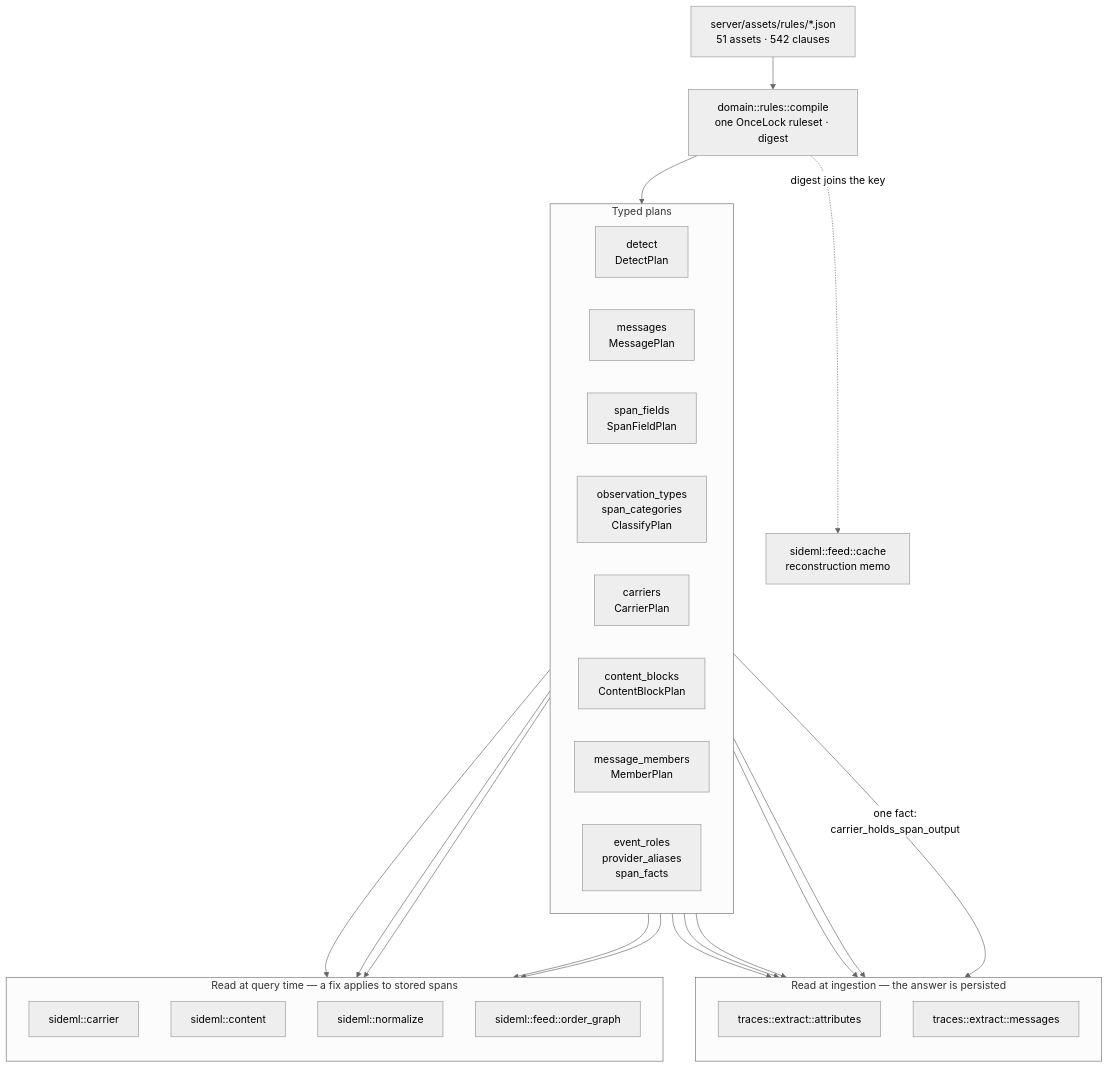
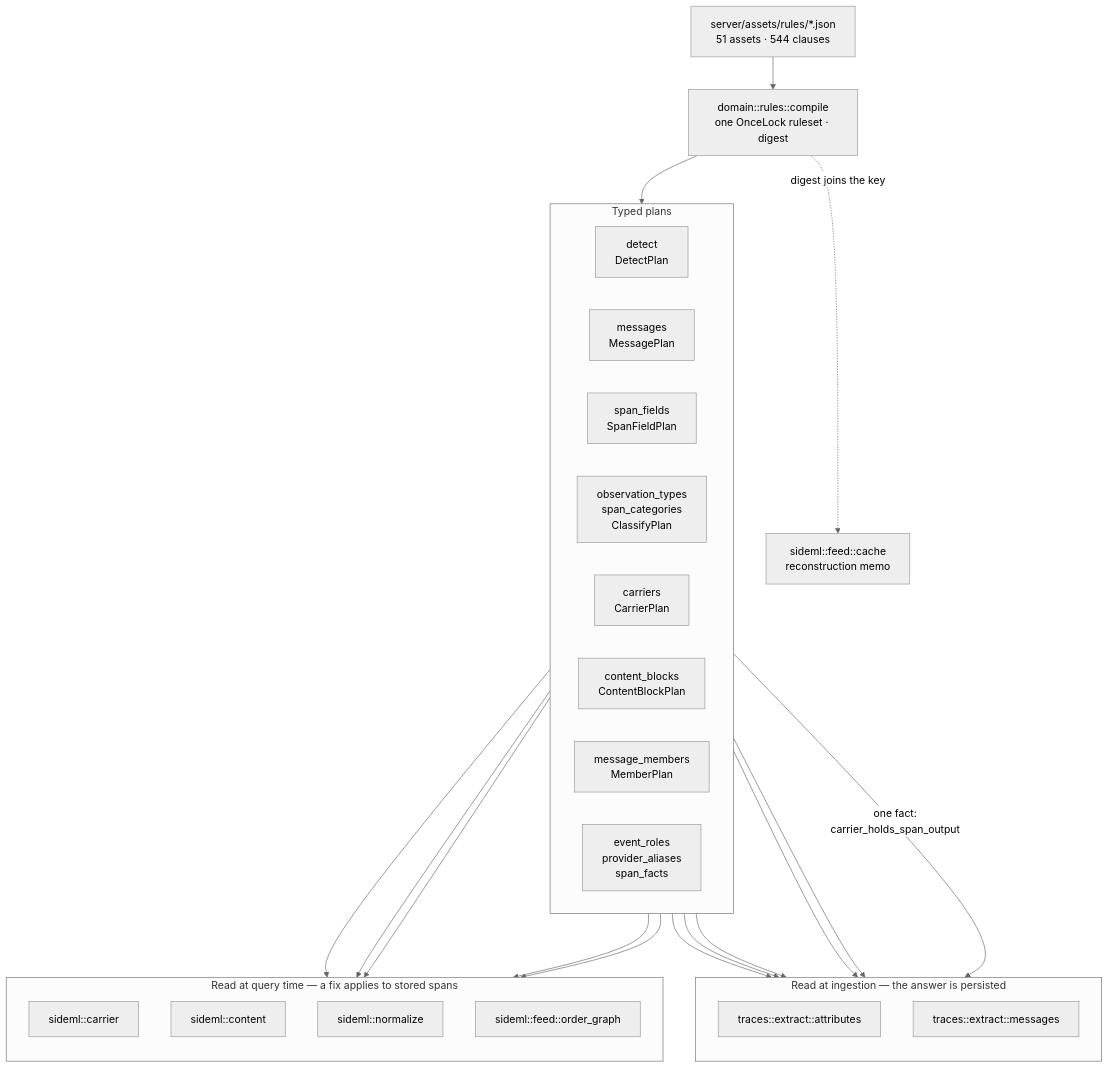
The first of 7 diagrams in docs/engineering/architecture-diagrams.md (sideseat/sideseat), drawn with Mermaid (neutral theme) before and after one commit. The commit also changed 23 other files, not shown here.

````diff
--- a/docs/engineering/architecture-diagrams.md
+++ b/docs/engineering/architecture-diagrams.md
@@ -18,47 +18,47 @@
 ```mermaid
 flowchart TB
-    assets["server/assets/rules/*.json<br/>51 assets · 542 clauses"]
+    assets["server/assets/rules/*.json<br/>51 assets · 544 clauses"]
     compile["domain::rules::compile<br/>one OnceLock ruleset · digest"]
     assets --> compile
 
     subgraph plans["Typed plans"]
         direction LR
         detect["detect<br/>DetectPlan"]
         messages["messages<br/>MessagePlan"]
         fields["span_fields<br/>SpanFieldPlan"]
         classify["observation_types<br/>span_categories<br/>ClassifyPlan"]
         carriers["carriers<br/>CarrierPlan"]
         blocks["content_blocks<br/>ContentBlockPlan"]
         members["message_members<br/>MemberPlan"]
         roles["event_roles<br/>provider_aliases<br/>span_facts"]
     end
     compile --> plans
 
     subgraph ingest["Read at ingestion — the answer is persisted"]
         direction TB
         attrs["traces::extract::attributes"]
         msgs["traces::extract::messages"]
     end
 
     subgraph query["Read at query time — a fix applies to stored spans"]
         direction TB
         carrier["sideml::carrier"]
         content["sideml::content"]
         normalize["sideml::normalize"]
         order["sideml::feed::order_graph"]
     end
 
     detect --> attrs
     fields --> attrs
     classify --> attrs
     roles --> attrs
     messages --> msgs
     carriers -->|"one fact:<br/>carrier_holds_span_output"| msgs
     carriers --> carrier
     carriers --> order
     blocks --> content
     members --> content
     roles --> normalize
 
     compile -. "digest joins the key" .-> cache["sideml::feed::cache<br/>reconstruction memo"]
 ```
````
